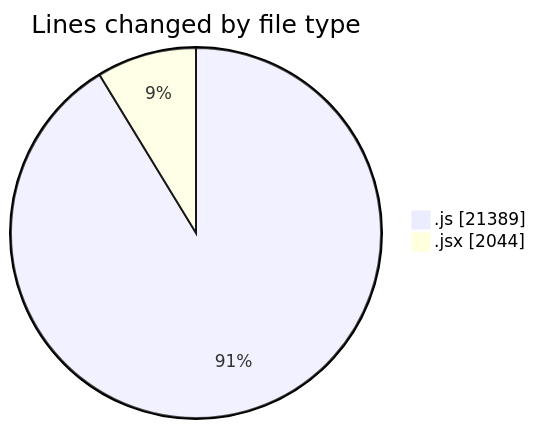
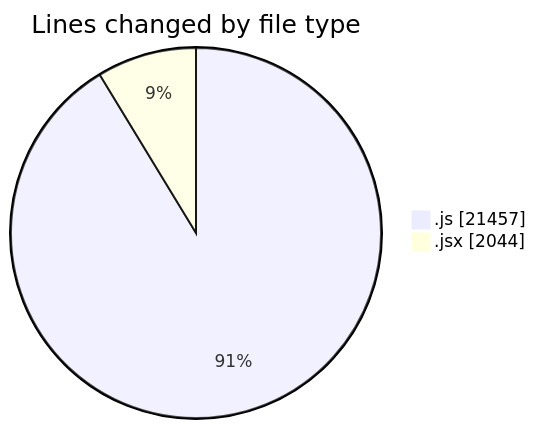
The first of 2 diagrams in 2025-10-01/nxtqube_webapp/README.md (nxtqubesakshisongat/code-tracking), drawn with Mermaid before and after one commit. The commit also changed other lines of this file and 1 other file, not shown here.

````diff
--- a/2025-10-01/nxtqube_webapp/README.md
+++ b/2025-10-01/nxtqube_webapp/README.md
@@ -22,6 +22,6 @@
 ```mermaid
 pie showData
 title Lines changed by file type
-".js" : 21389
+".js" : 21457
 ".jsx" : 2044
 ```
````
